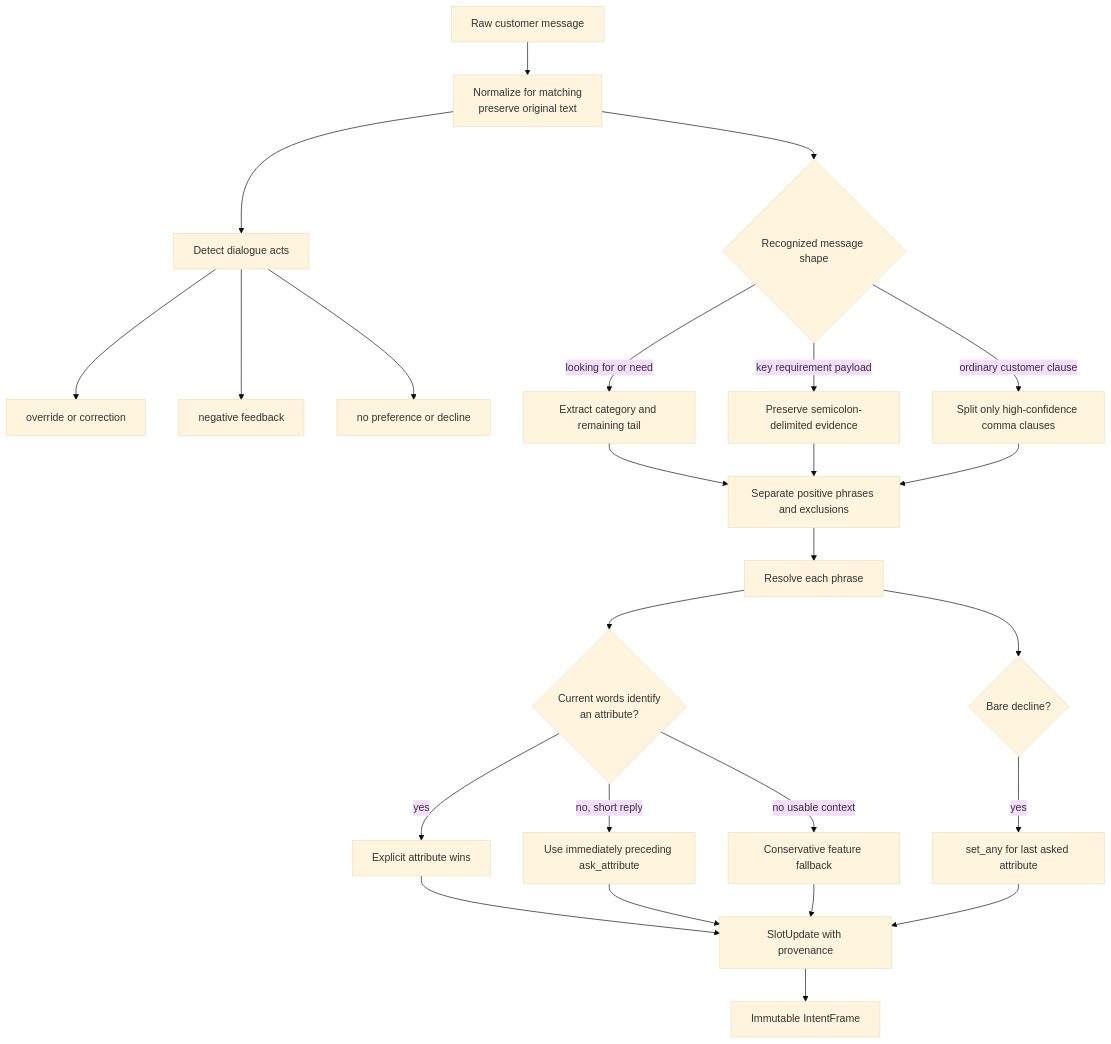
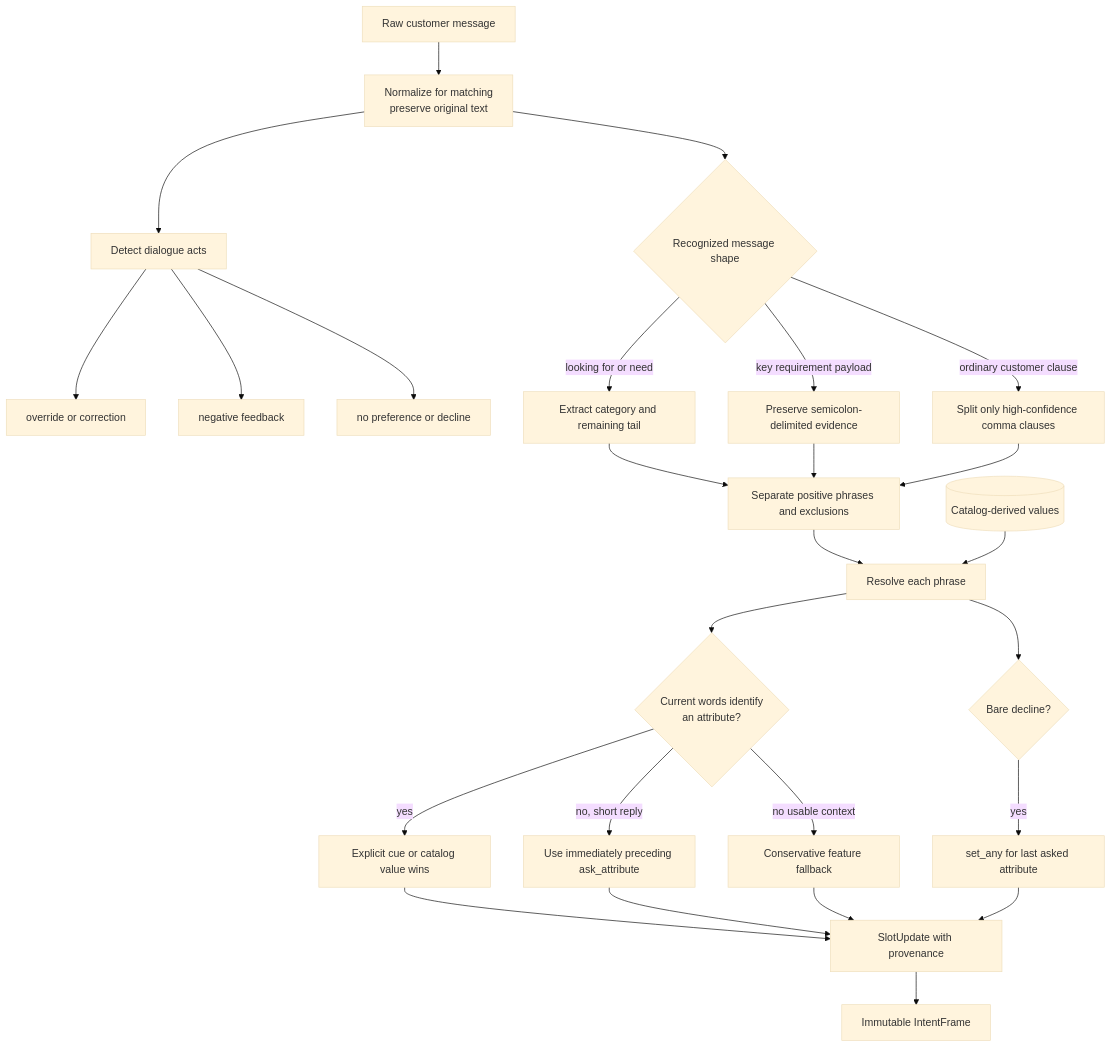
One commit to ash15khng/tiktok-techjam changed the fifth of 14 diagrams in docs/system-flowcharts.md. Above: the diagram before and after it, drawn with Mermaid (base theme). The commit also changed other lines of this file and 9 other files, not shown here.

Commit message:
document generalized architecture and evaluation discipline

````diff
--- a/docs/system-flowcharts.md
+++ b/docs/system-flowcharts.md
@@ -233,31 +243,32 @@
 ```mermaid
 flowchart TD
     A[Raw customer message] --> B[Normalize for matching<br/>preserve original text]
     B --> C[Detect dialogue acts]
     C --> C1[override or correction]
     C --> C2[negative feedback]
     C --> C3[no preference or decline]
 
     B --> D{Recognized message shape}
     D -->|looking for or need| E[Extract category and remaining tail]
     D -->|key requirement payload| F[Preserve semicolon-delimited evidence]
     D -->|ordinary customer clause| G[Split only high-confidence comma clauses]
 
     E --> H[Separate positive phrases and exclusions]
     F --> H
     G --> H
     H --> I[Resolve each phrase]
+    R[(Catalog-derived values)] --> I
 
     I --> J{Current words identify<br/>an attribute?}
-    J -->|yes| K[Explicit attribute wins]
+    J -->|yes| K[Explicit cue or catalog value wins]
     J -->|no, short reply| L[Use immediately preceding ask_attribute]
     J -->|no usable context| M[Conservative feature fallback]
     I --> N{Bare decline?}
     N -->|yes| O[set_any for last asked attribute]
 
     K --> P[SlotUpdate with provenance]
     L --> P
     M --> P
     O --> P
     P --> Q[Immutable IntentFrame]
 ```
````
